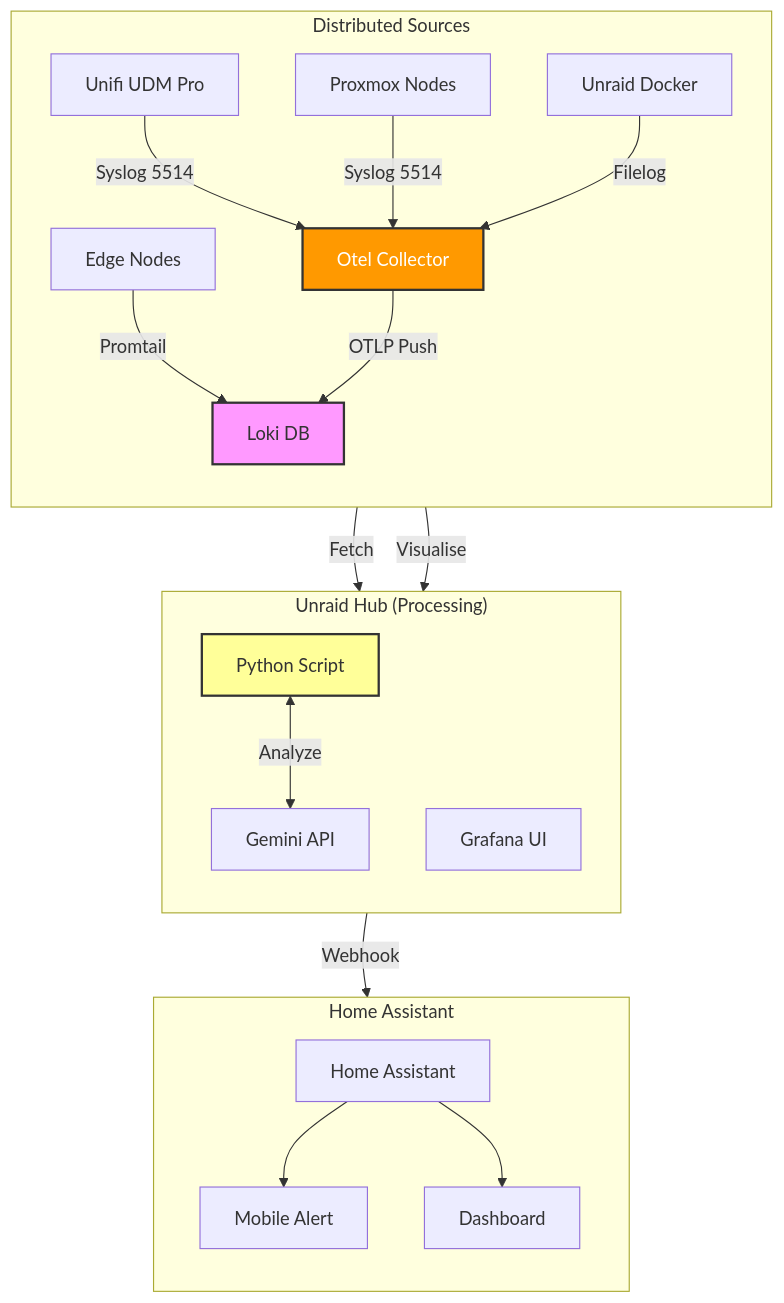
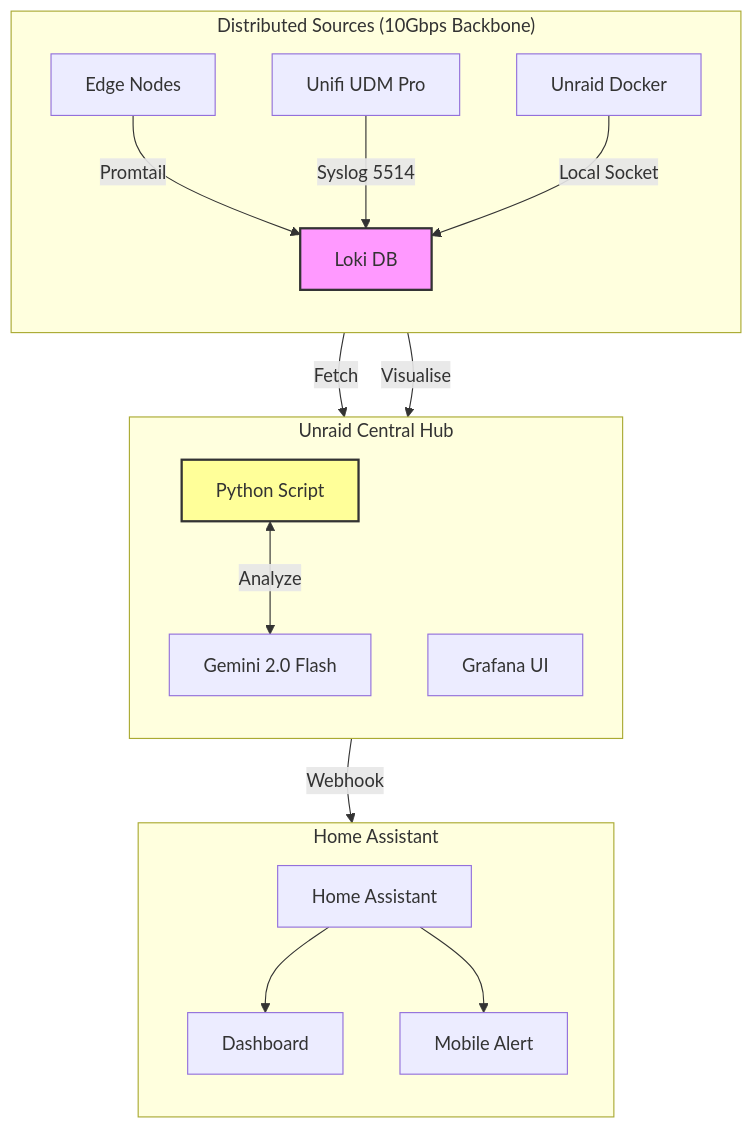
One commit to EvisHome/EvisHomeLab changed the diagram in docs/home-lab/articles/ai-log-summary.md. Above: the diagram before and after it, drawn with Mermaid. The commit also changed other lines of this file and 7 other files, not shown here.

````diff
--- a/docs/home-lab/articles/ai-log-summary.md
+++ b/docs/home-lab/articles/ai-log-summary.md
@@ -35,37 +35,30 @@
 ```mermaid
 graph TD
-    %% --- LEVEL 1: SOURCES ---
-    subgraph Sources ["Distributed Sources"]
+    subgraph Sources ["Distributed Sources (10Gbps Backbone)"]
         direction TB
         Edge[Edge Nodes] -->|Promtail| Loki
-        Unifi[Unifi UDM Pro] -->|Syslog 5514| Otel
-        PVE[Proxmox Nodes] -->|Syslog 5514| Otel
-        UnraidD[Unraid Docker] -->|Filelog| Otel
+        Unifi[Unifi UDM Pro] -->|Syslog 5514| Loki
+        Unraid[Unraid Docker] -->|Local Socket| Loki
     end
 
-    %% --- LEVEL 2: PROCESSING ---
-    subgraph Hub ["Unraid Hub (Processing)"]
+    subgraph Hub ["Unraid Central Hub"]
         direction TB
-        Otel[Otel Collector] -->|OTLP Push| Loki[Loki DB]
-        
-        Loki -->|Fetch| Script[Python Script]
+        Loki[Loki DB] -->|Fetch| Script[Python Script]
         Loki -->|Visualise| Grafana[Grafana UI]
-        Script <-->|Analyze| Gemini[Gemini API]
+        Script <-->|Analyze| Gemini[Gemini 2.0 Flash]
     end
 
-    %% --- LEVEL 3: INTERFACE ---
     subgraph HA ["Home Assistant"]
         direction TB
         Script -->|Webhook| Core[Home Assistant]
+        Core --> Wall[Dashboard]
         Core --> Phone[Mobile Alert]
-        Core --> Wall[Dashboard]
     end
 
-   %% --- THE FIX: INVISIBLE STRUT ---
+       %% --- THE FIX: INVISIBLE STRUT ---
     %% Forces HA to stay at the bottom
     Gemini ~~~ Core
 
-    style Otel fill:#ff9900,stroke:#333,stroke-width:2px,color:white
     style Loki fill:#f9f,stroke:#333,stroke-width:2px
     style Script fill:#ff9,stroke:#333,stroke-width:2px
 ```
````
